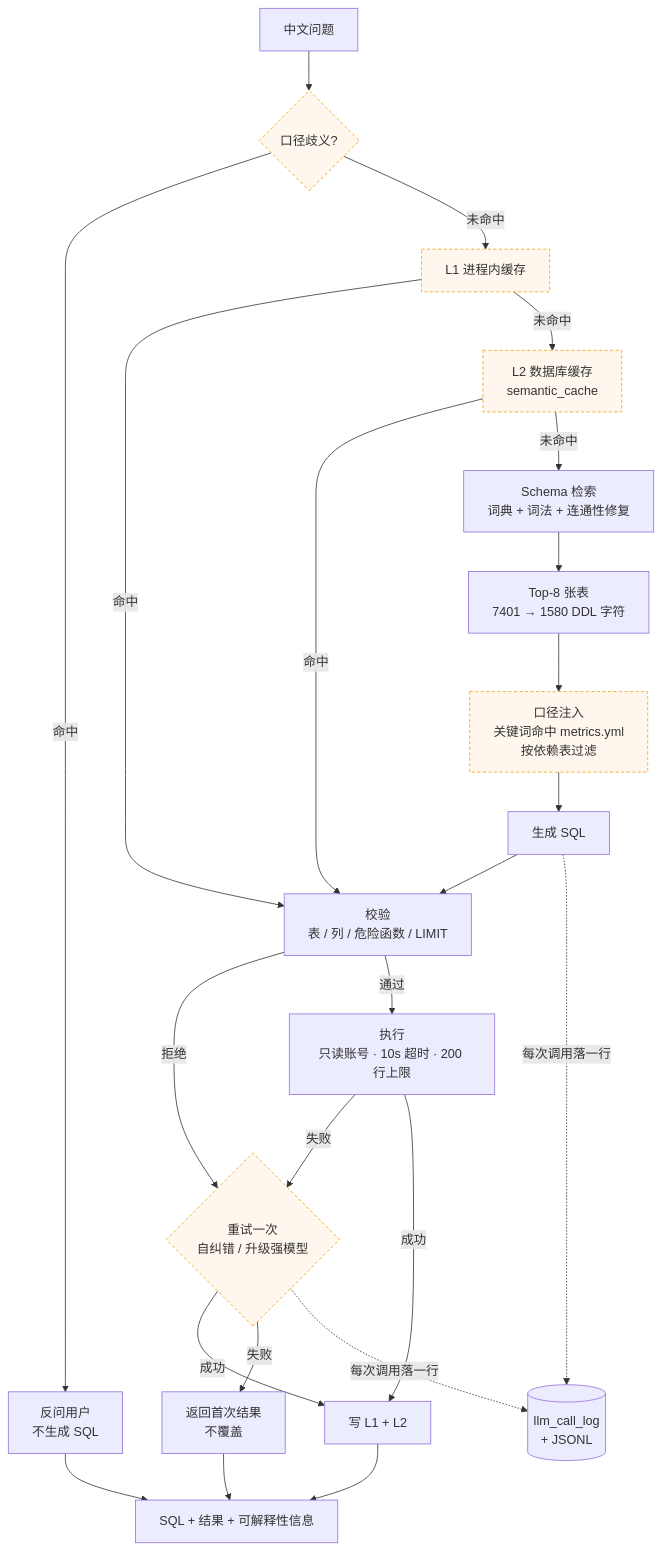
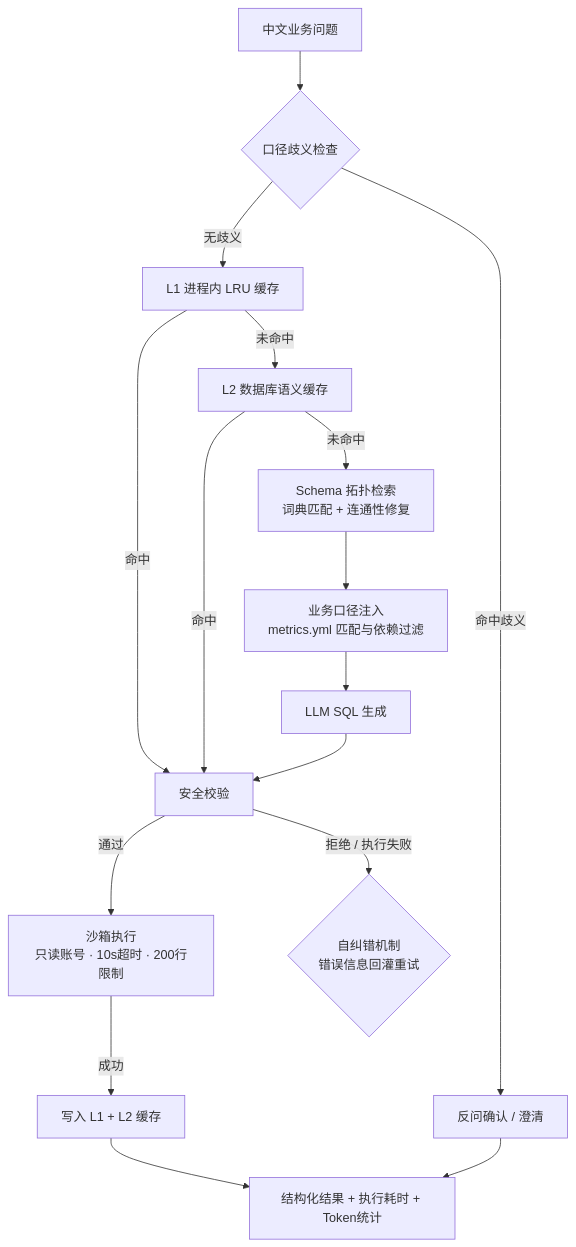
Before and after one commit to xunqian99/Text2SQL-agent: the diagram in README.md, drawn with Mermaid. The commit also changed other lines of this file, not shown here.

````diff
--- a/README.md
+++ b/README.md
@@ -189,29 +32,18 @@
 ```mermaid
 flowchart TD
-    Q[中文问题] --> AMB{口径歧义?}
-    AMB -- 命中 --> ASK[反问用户<br/>不生成 SQL]
-    AMB -- 未命中 --> C1[L1 进程内缓存]
-    C1 -- 命中 --> VAL
-    C1 -- 未命中 --> C2[L2 数据库缓存<br/>semantic_cache]
+    Q[中文业务问题] --> AMB{口径歧义检查}
+    AMB -- 命中歧义 --> ASK[反问确认 / 澄清]
+    AMB -- 无歧义 --> C1[L1 进程内 LRU 缓存]
+    C1 -- 命中 --> VAL[安全校验]
+    C1 -- 未命中 --> C2[L2 数据库语义缓存]
     C2 -- 命中 --> VAL
-    C2 -- 未命中 --> RET[Schema 检索<br/>词典 + 词法 + 连通性修复]
-    RET --> TOP["Top-8 张表<br/>7401 → 1580 DDL 字符"]
-    TOP --> SEM[口径注入<br/>关键词命中 metrics.yml<br/>按依赖表过滤]
-    SEM --> LLM[生成 SQL]
-    LLM --> VAL[校验<br/>表 / 列 / 危险函数 / LIMIT]
-    VAL -- 拒绝 --> RETRY
-    VAL -- 通过 --> EXE[执行<br/>只读账号 · 10s 超时 · 200 行上限]
-    EXE -- 失败 --> RETRY{重试一次<br/>自纠错 / 升级强模型}
-    RETRY -- 成功 --> CACHE[写 L1 + L2]
-    RETRY -- 失败 --> FAIL[返回首次结果<br/>不覆盖]
-    EXE -- 成功 --> CACHE
-    CACHE --> OUT[SQL + 结果 + 可解释性信息]
+    C2 -- 未命中 --> RET[Schema 拓扑检索<br/>词典匹配 + 连通性修复]
+    RET --> SEM[业务口径注入<br/>metrics.yml 匹配与依赖过滤]
+    SEM --> LLM[LLM SQL 生成]
+    LLM --> VAL
+    VAL -- 通过 --> EXE[沙箱执行<br/>只读账号 · 10s超时 · 200行限制]
+    VAL -- 拒绝 / 执行失败 --> RETRY{自纠错机制<br/>错误信息回灌重试}
+    EXE -- 成功 --> CACHE[写入 L1 + L2 缓存]
+    CACHE --> OUT[结构化结果 + 执行耗时 + Token统计]
     ASK --> OUT
-    FAIL --> OUT
-
-    LLM -. 每次调用落一行 .-> OBS[(llm_call_log<br/>+ JSONL)]
-    RETRY -. 每次调用落一行 .-> OBS
-
-    classDef opt fill:#fff7ed,stroke:#f59e0b,stroke-dasharray: 4 3
-    class AMB,C1,C2,SEM,RETRY opt
 ```
````
